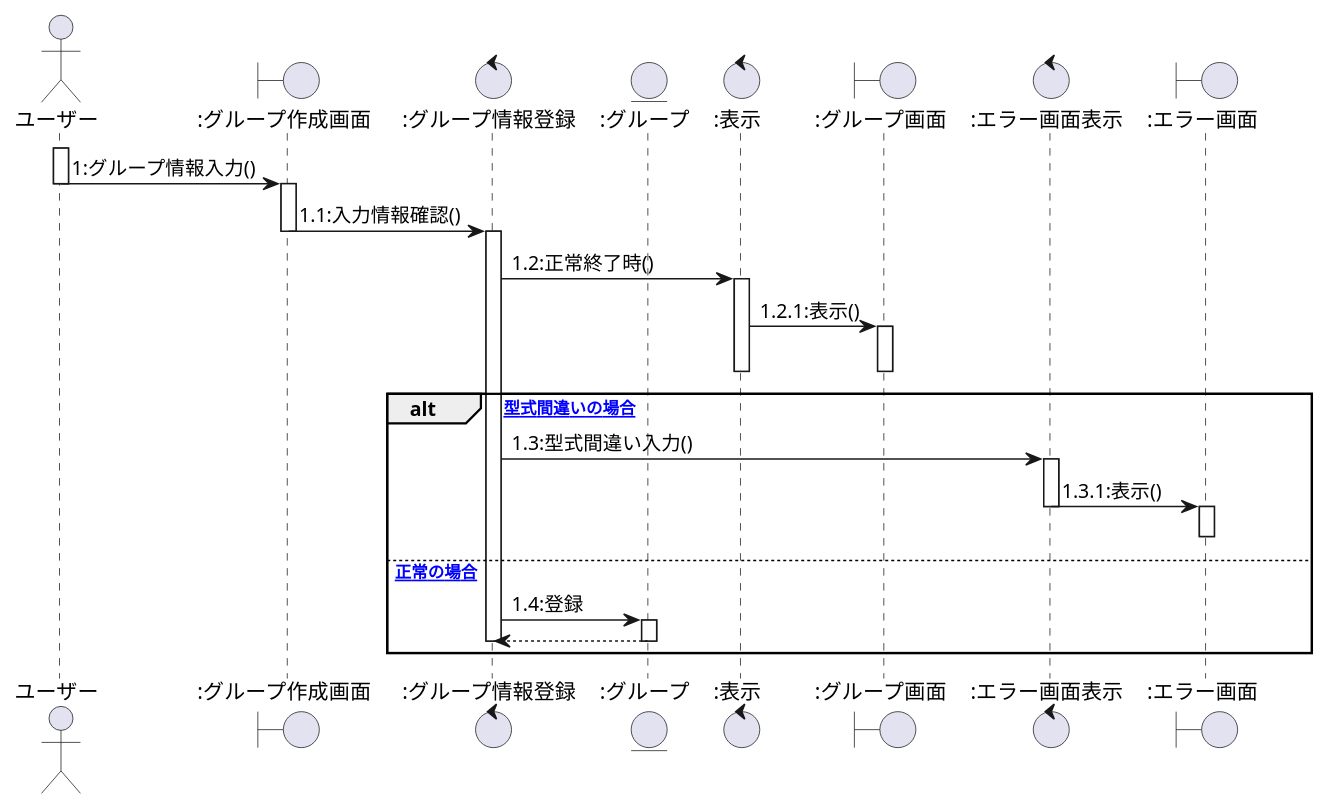
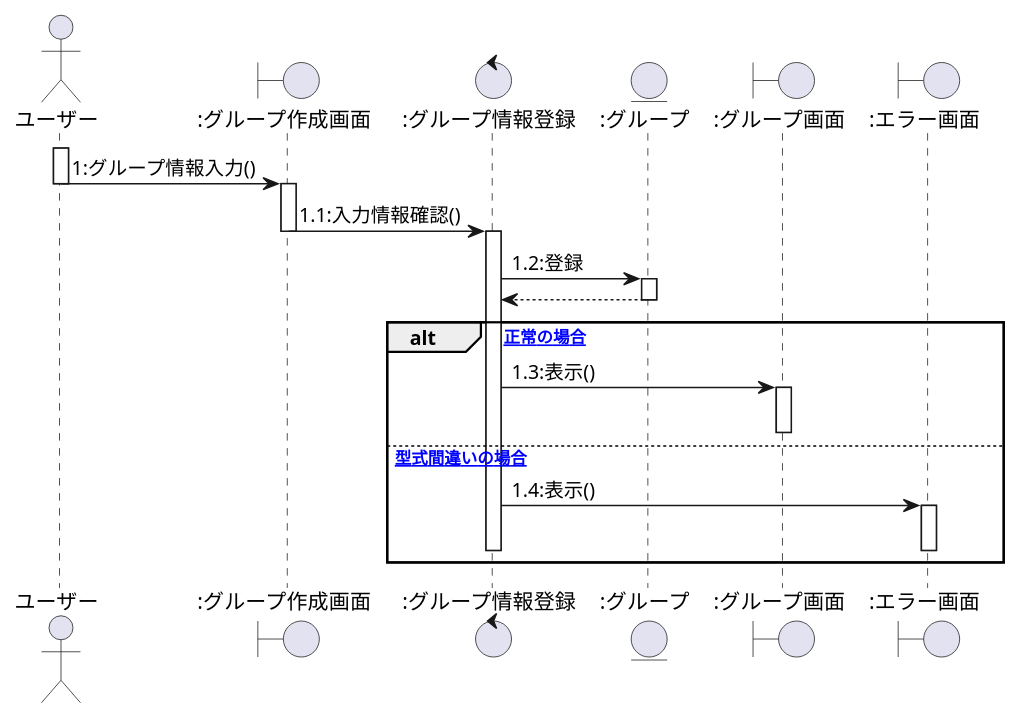
One commit to ksw2270227/GroupF changed the first of 8 diagrams in user2_sequence.plantuml. Above: the diagram before and after it, drawn with PlantUML. The commit also changed other lines of this file and 1 other file, not shown here.

```diff
--- a/user2_sequence.plantuml
+++ b/user2_sequence.plantuml
@@ -1,39 +1,31 @@
 @startuml グループ作成シーケンス図
 actor ユーザー as 0
 boundary ":グループ作成画面" as a
 control ":グループ情報登録" as b
 entity ":グループ" as c
-control ":表示" as d
-boundary ":グループ画面" as e
-control ":エラー画面表示" as f
-boundary ":エラー画面" as g
+boundary ":グループ画面" as d
+boundary ":エラー画面" as e
 
 activate 0
     0 -> a:1:グループ情報入力()
     deactivate 0
     activate a
     a -> b:1.1:入力情報確認()
     deactivate a
     activate b
-    b -> d:1.2:正常終了時()
-    activate d
-    d -> e:1.2.1:表示()
-    activate e
-    deactivate e
-    deactivate d
-    alt [型式間違いの場合]
-    b -> f:1.3:型式間違い入力()
-    activate f
-    f -> g:1.3.1:表示()
-    deactivate f
-    activate g
-    g -[hidden]> g
-    deactivate g
-    else [正常の場合]
-    b -> c:1.4:登録
+    b -> c:1.2:登録
     activate c
     c --> b
     deactivate c
+    alt [正常の場合]
+    b -> d:1.3:表示()
+    activate d
+    deactivate d
+    else [型式間違いの場合]
+    
+    b -> e:1.4:表示()
+    activate e
     deactivate b
+    deactivate e
     end
 @enduml
```
